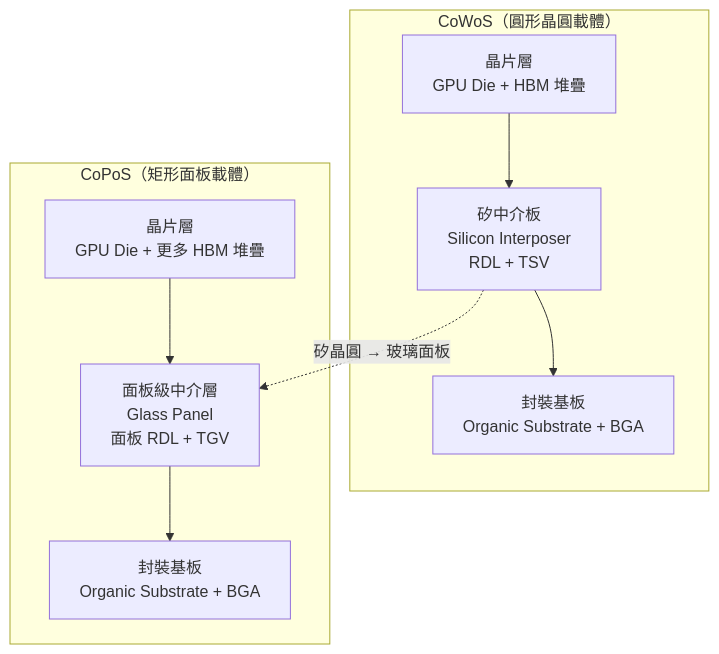
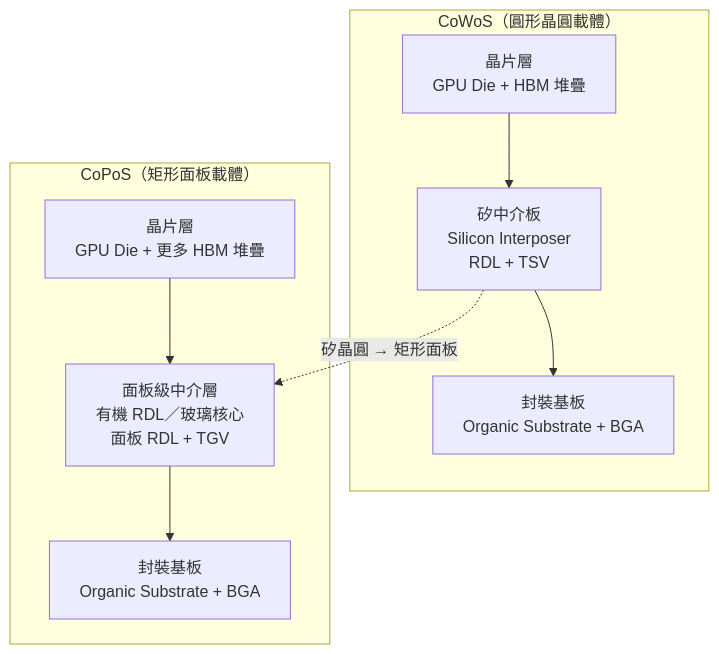
Before and after one commit to wizardhsiehcom/book: the diagram in docs/copos/05-copos-overview.md, drawn with Mermaid. The commit also changed other lines of this file and 10 other files, not shown here.

````diff
--- a/docs/copos/05-copos-overview.md
+++ b/docs/copos/05-copos-overview.md
@@ -30,16 +30,16 @@
 ```mermaid
 flowchart TB
     subgraph "CoWoS（圓形晶圓載體）"
         CW_C["晶片層<br/>GPU Die + HBM 堆疊"]
         CW_I["矽中介板<br/>Silicon Interposer<br/>RDL + TSV"]
         CW_S["封裝基板<br/>Organic Substrate + BGA"]
         CW_C --> CW_I --> CW_S
     end
     subgraph "CoPoS（矩形面板載體）"
         CP_C["晶片層<br/>GPU Die + 更多 HBM 堆疊"]
-        CP_I["面板級中介層<br/>Glass Panel<br/>面板 RDL + TGV"]
+        CP_I["面板級中介層<br/>有機 RDL／玻璃核心<br/>面板 RDL + TGV"]
         CP_S["封裝基板<br/>Organic Substrate + BGA"]
         CP_C --> CP_I --> CP_S
     end
-    CW_I -. "矽晶圓 → 玻璃面板" .-> CP_I
+    CW_I -. "矽晶圓 → 矩形面板" .-> CP_I
 ```
````
